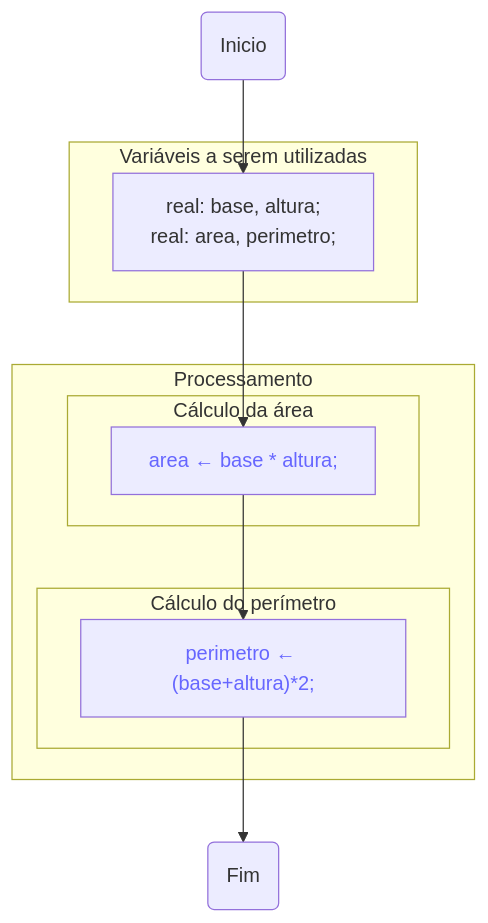
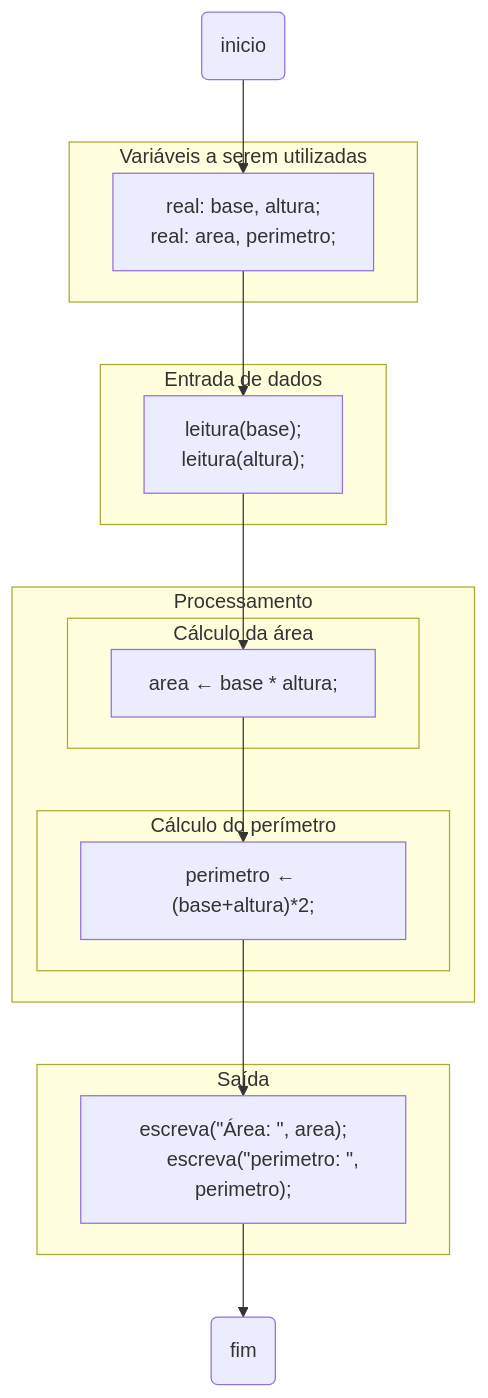
The diagram in docs/02-Basicos/09-Blocos.md (darlonv/algoritmos), drawn with Mermaid before and after one commit. The commit also changed other lines of this file, not shown here.

Commit message:
fluxograma updated

````diff
--- a/docs/02-Basicos/09-Blocos.md
+++ b/docs/02-Basicos/09-Blocos.md
@@ -190,27 +190,36 @@
 ```mermaid
 flowchart TD
-    inicio(Inicio)
+    inicio(inicio)
     subgraph Variáveis a serem utilizadas
-    variaveis["
-      real: base, altura;
-      real: area, perimetro;
-      "]
+      variaveis["
+        real: base, altura;
+        real: area, perimetro;
+        "]
     end
+    subgraph Entrada de dados
+      Entrada["
+        leitura(base);
+        leitura(altura);
+        "]
+      end
     subgraph "Processamento"
       subgraph "Cálculo da área"
         area["
         area ← base * altura;
         "]
       end
       subgraph "Cálculo do perímetro"
         perimetro["
         perimetro ← (base+altura)*2;
         "]
       end
     end
-    fim(Fim)
-    inicio --> variaveis --> area --> perimetro --> fim
-
-    style area color:#66f
-    style perimetro color:#66f
+    subgraph "Saída"
+        escrita["
+        escreva(&quot;Área: &quot;, area);
+        escreva(&quot;perimetro: &quot;, perimetro);
+        "]
+      end
+    fim(fim)
+    inicio --> variaveis --> Entrada --> area --> perimetro --> escrita--> fim
 ```
````
